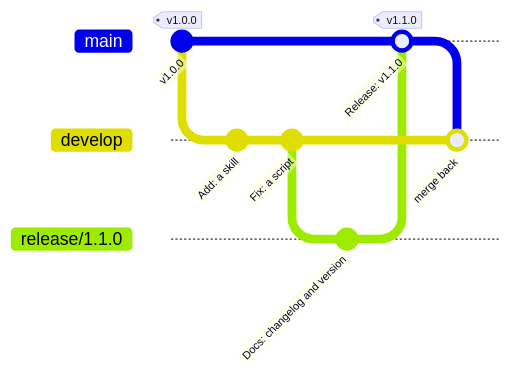
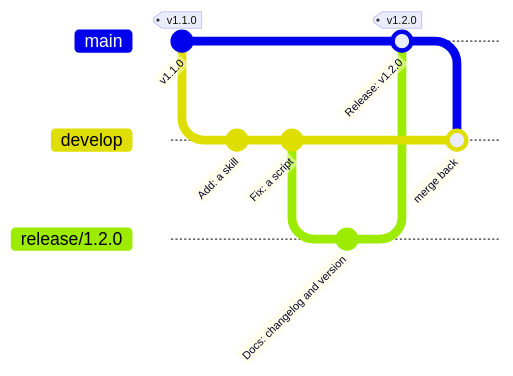
The diagram in docs/project/releasing.md (nickyjacobs/NEST), drawn with Mermaid before and after one commit. The commit also changed other lines of this file and 13 other files, not shown here.

````diff
--- a/docs/project/releasing.md
+++ b/docs/project/releasing.md
@@ -10,13 +10,13 @@
 ```mermaid
 gitGraph
-    commit id: "v1.0.0" tag: "v1.0.0"
+    commit id: "v1.1.0" tag: "v1.1.0"
     branch develop
     commit id: "Add: a skill"
     commit id: "Fix: a script"
-    branch release/1.1.0
+    branch release/1.2.0
     commit id: "Docs: changelog and version"
     checkout main
-    merge release/1.1.0 id: "Release: v1.1.0" tag: "v1.1.0"
+    merge release/1.2.0 id: "Release: v1.2.0" tag: "v1.2.0"
     checkout develop
     merge main id: "merge back"
 ```
````
